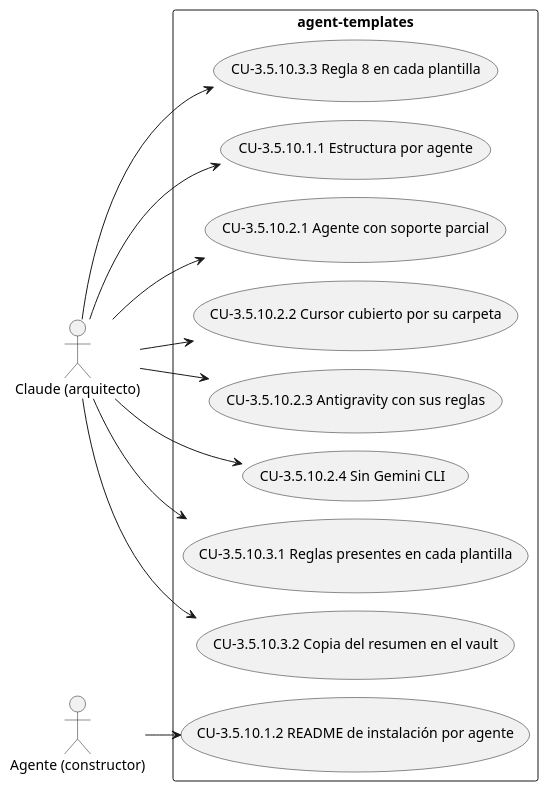
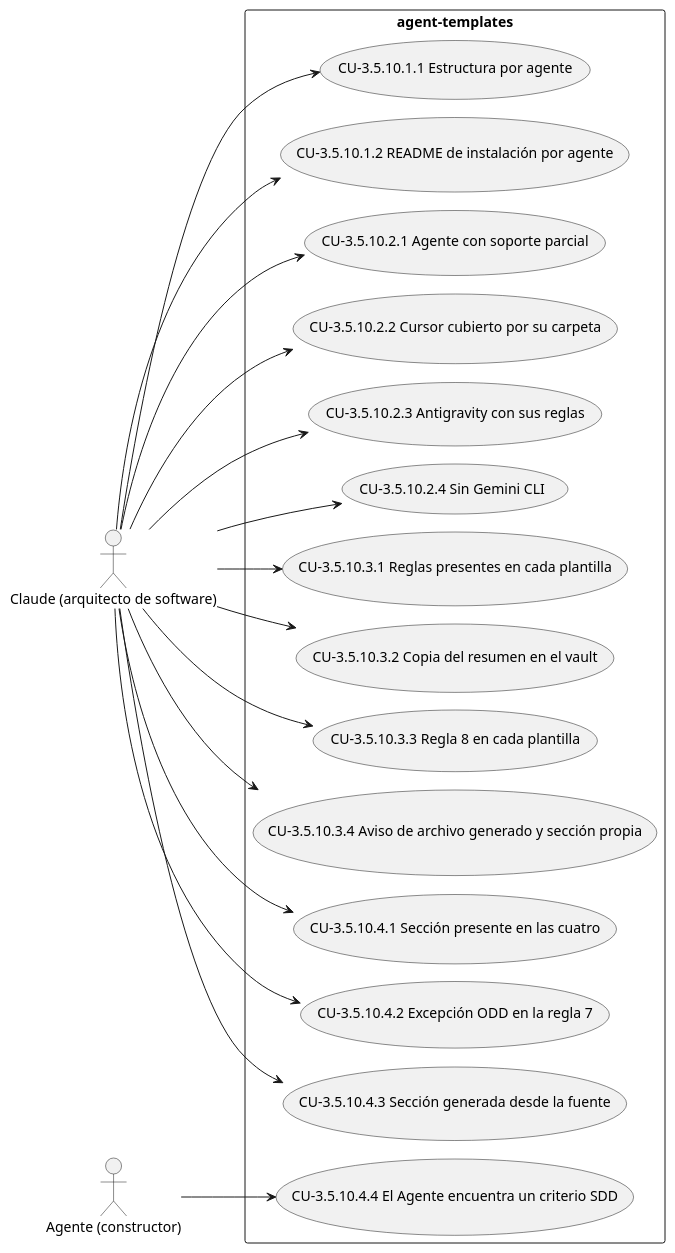
Before and after one commit to Lautaro-Montecchiani/sdd-global-config: the diagram in docs/diagramas/CAP-3.5.10.puml, drawn with PlantUML. The commit also changed 40 other files, not shown here.

```diff
--- a/docs/diagramas/CAP-3.5.10.puml
+++ b/docs/diagramas/CAP-3.5.10.puml
@@ -1,26 +1,36 @@
 @startuml
 !pragma layout smetana
 left to right direction
-actor "Claude (arquitecto)" as A1
+actor "Claude (arquitecto de software)" as A1
 actor "Agente (constructor)" as A2
 rectangle "agent-templates" {
   usecase "CU-3.5.10.1.1 Estructura por agente" as UC_3_5_10_1_1
   usecase "CU-3.5.10.1.2 README de instalación por agente" as UC_3_5_10_1_2
   usecase "CU-3.5.10.2.1 Agente con soporte parcial" as UC_3_5_10_2_1
   usecase "CU-3.5.10.2.2 Cursor cubierto por su carpeta" as UC_3_5_10_2_2
   usecase "CU-3.5.10.2.3 Antigravity con sus reglas" as UC_3_5_10_2_3
   usecase "CU-3.5.10.2.4 Sin Gemini CLI" as UC_3_5_10_2_4
   usecase "CU-3.5.10.3.1 Reglas presentes en cada plantilla" as UC_3_5_10_3_1
   usecase "CU-3.5.10.3.2 Copia del resumen en el vault" as UC_3_5_10_3_2
   usecase "CU-3.5.10.3.3 Regla 8 en cada plantilla" as UC_3_5_10_3_3
+  usecase "CU-3.5.10.3.4 Aviso de archivo generado y sección propia" as UC_3_5_10_3_4
+  usecase "CU-3.5.10.4.1 Sección presente en las cuatro" as UC_3_5_10_4_1
+  usecase "CU-3.5.10.4.2 Excepción ODD en la regla 7" as UC_3_5_10_4_2
+  usecase "CU-3.5.10.4.3 Sección generada desde la fuente" as UC_3_5_10_4_3
+  usecase "CU-3.5.10.4.4 El Agente encuentra un criterio SDD" as UC_3_5_10_4_4
 }
 A1 --> UC_3_5_10_1_1
-A2 --> UC_3_5_10_1_2
+A1 --> UC_3_5_10_1_2
 A1 --> UC_3_5_10_2_1
 A1 --> UC_3_5_10_2_2
 A1 --> UC_3_5_10_2_3
 A1 --> UC_3_5_10_2_4
 A1 --> UC_3_5_10_3_1
 A1 --> UC_3_5_10_3_2
 A1 --> UC_3_5_10_3_3
+A1 --> UC_3_5_10_3_4
+A1 --> UC_3_5_10_4_1
+A1 --> UC_3_5_10_4_2
+A1 --> UC_3_5_10_4_3
+A2 --> UC_3_5_10_4_4
 @enduml
```
